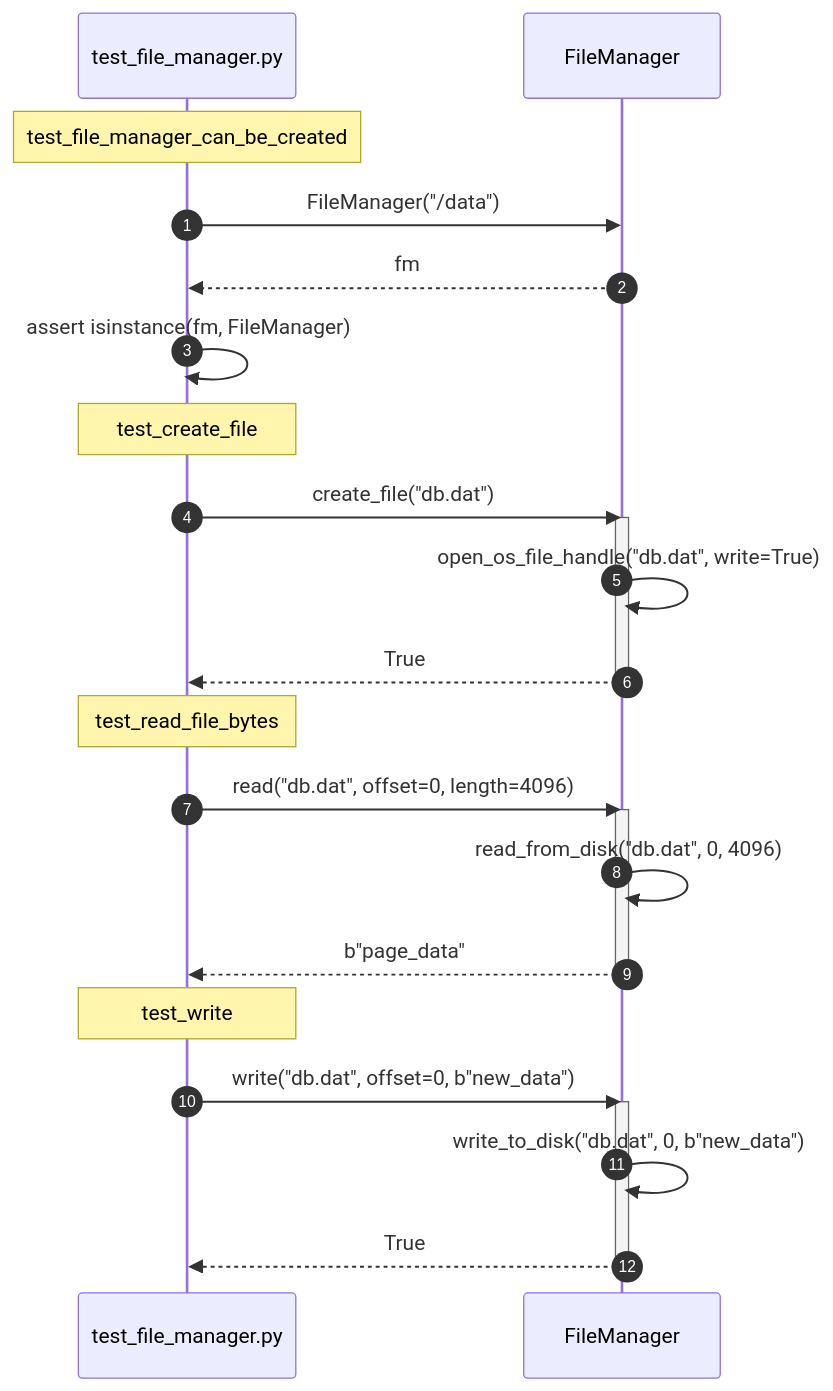
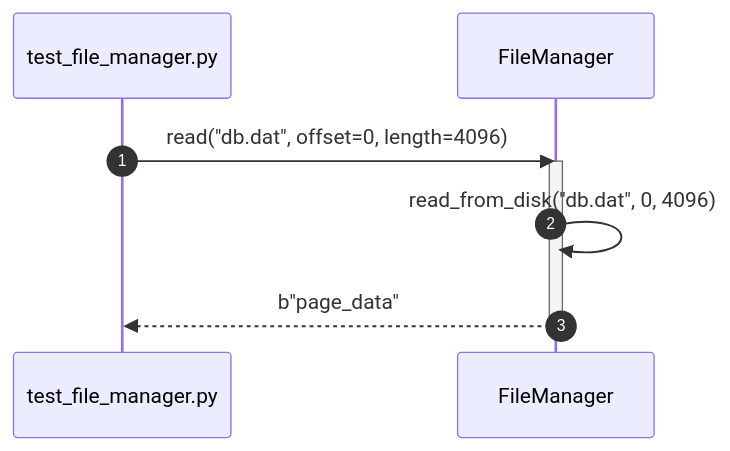
One commit to taitran501/DBMS changed diagram 15 of 56 in diagrams/sequence/storage_engine.md. Above: the diagram before and after it, drawn with Mermaid. The commit also changed other lines of this file and 44 other files, not shown here.

````diff
--- a/diagrams/sequence/storage_engine.md
+++ b/diagrams/sequence/storage_engine.md
@@ -113,32 +235,12 @@
 ```mermaid
 sequenceDiagram
     autonumber
     participant Test as test_file_manager.py
     participant SUT as FileManager
 
-    Note over Test: test_file_manager_can_be_created
-    Test->>SUT: FileManager("/data")
-    SUT-->>Test: fm
-    Test->>Test: assert isinstance(fm, FileManager)
-
-    Note over Test: test_create_file
-    Test->>SUT: create_file("db.dat")
-    activate SUT
-    SUT->>SUT: open_os_file_handle("db.dat", write=True)
-    SUT-->>Test: True
-    deactivate SUT
-
-    Note over Test: test_read_file_bytes
     Test->>SUT: read("db.dat", offset=0, length=4096)
     activate SUT
     SUT->>SUT: read_from_disk("db.dat", 0, 4096)
     SUT-->>Test: b"page_data"
     deactivate SUT
-
-    Note over Test: test_write
-    Test->>SUT: write("db.dat", offset=0, b"new_data")
-    activate SUT
-    SUT->>SUT: write_to_disk("db.dat", 0, b"new_data")
-    SUT-->>Test: True
-    deactivate SUT
 ```
````
